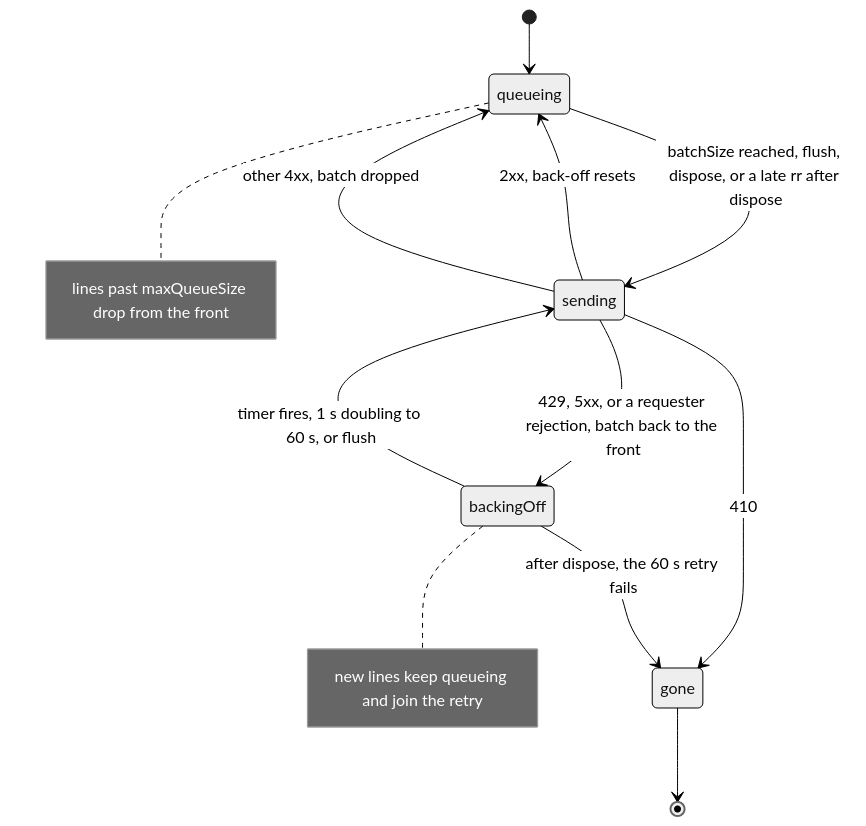
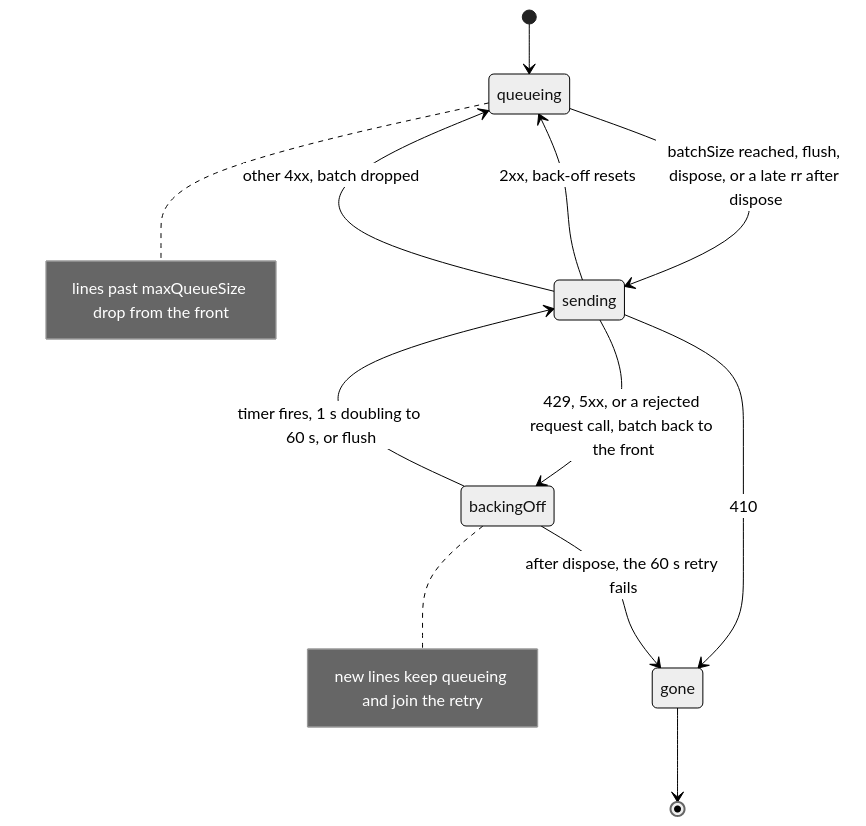
Before and after one commit to streaming-video-technology-alliance/common-media-library: the fifth of 5 diagrams in rfc/cmcd-session-api.md, drawn with Mermaid (neutral theme). The commit also changed other lines of this file and 2 other files, not shown here.

First line of the commit message:
docs(rfc): rename the session API requester to request

````diff
--- a/rfc/cmcd-session-api.md
+++ b/rfc/cmcd-session-api.md
@@ -593,14 +593,14 @@
 ```mermaid
 stateDiagram-v2
     [*] --> queueing
     queueing --> sending : batchSize reached, flush, dispose, or a late rr after dispose
     sending --> queueing : 2xx, back-off resets
     sending --> queueing : other 4xx, batch dropped
     sending --> gone : 410
-    sending --> backingOff : 429, 5xx, or a requester rejection, batch back to the front
+    sending --> backingOff : 429, 5xx, or a rejected request call, batch back to the front
     backingOff --> sending : timer fires, 1 s doubling to 60 s, or flush
     backingOff --> gone : after dispose, the 60 s retry fails
     gone --> [*]
     note right of queueing : lines past maxQueueSize drop from the front
     note right of backingOff : new lines keep queueing and join the retry
 ```
````
